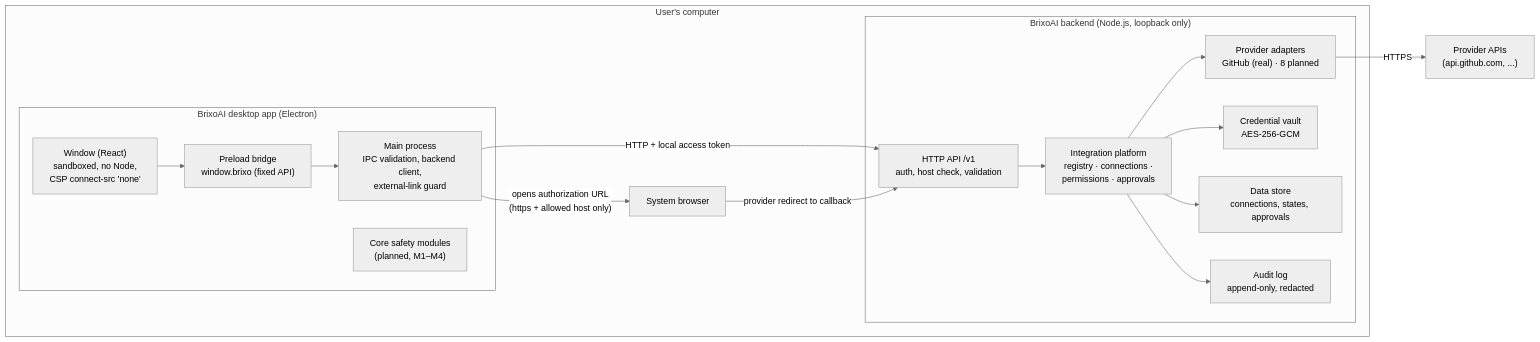
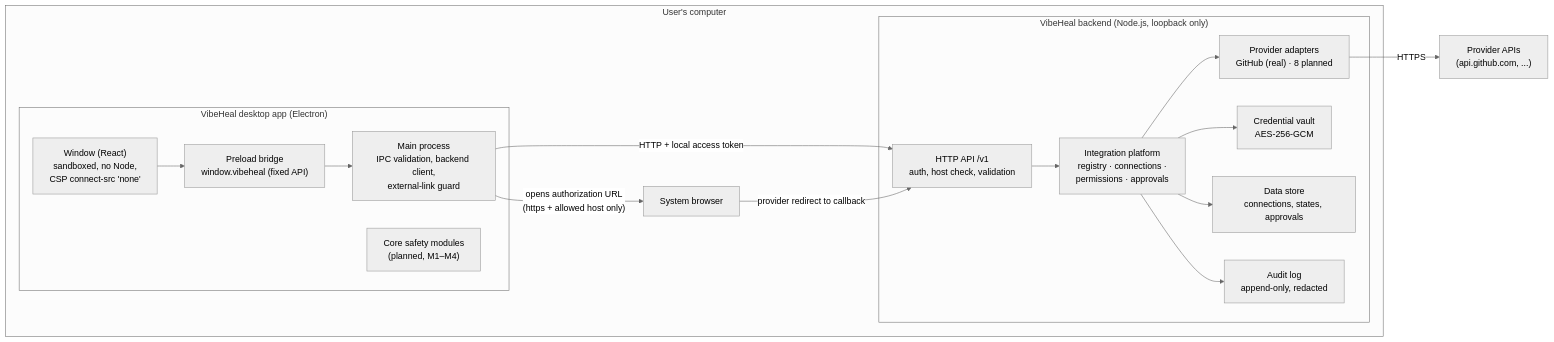
Before and after one commit to The-enlit-dev/VibeHealAI: the first of 3 diagrams in docs/planning/ARCHITECTURE.md, drawn with Mermaid (neutral theme). The commit also changed other lines of this file and 83 other files, not shown here.

First line of the commit message:
Rename the product from BrixoAI to VibeHeal

````diff
--- a/docs/planning/ARCHITECTURE.md
+++ b/docs/planning/ARCHITECTURE.md
@@ -29,31 +29,31 @@
 ```mermaid
 flowchart LR
   subgraph PC["User's computer"]
-    subgraph Desktop["BrixoAI desktop app (Electron)"]
+    subgraph Desktop["VibeHeal desktop app (Electron)"]
       UI["Window (React)<br/>sandboxed, no Node,<br/>CSP connect-src 'none'"]
-      PRE["Preload bridge<br/>window.brixo (fixed API)"]
+      PRE["Preload bridge<br/>window.vibeheal (fixed API)"]
       MAIN["Main process<br/>IPC validation, backend client,<br/>external-link guard"]
       CORE["Core safety modules<br/>(planned, M1–M4)"]
     end
-    subgraph Backend["BrixoAI backend (Node.js, loopback only)"]
+    subgraph Backend["VibeHeal backend (Node.js, loopback only)"]
       API["HTTP API /v1<br/>auth, host check, validation"]
       PLAT["Integration platform<br/>registry · connections ·<br/>permissions · approvals"]
       ADP["Provider adapters<br/>GitHub (real) · 8 planned"]
       VAULT["Credential vault<br/>AES-256-GCM"]
       STORE["Data store<br/>connections, states, approvals"]
       AUDIT["Audit log<br/>append-only, redacted"]
     end
     BROWSER["System browser"]
   end
   PROVIDERS["Provider APIs<br/>(api.github.com, ...)"]
 
   UI --> PRE --> MAIN
   MAIN -- "HTTP + local access token" --> API
   API --> PLAT --> ADP
   PLAT --> VAULT
   PLAT --> STORE
   PLAT --> AUDIT
   ADP -- "HTTPS" --> PROVIDERS
   MAIN -- "opens authorization URL<br/>(https + allowed host only)" --> BROWSER
   BROWSER -- "provider redirect to callback" --> API
 ```
````
